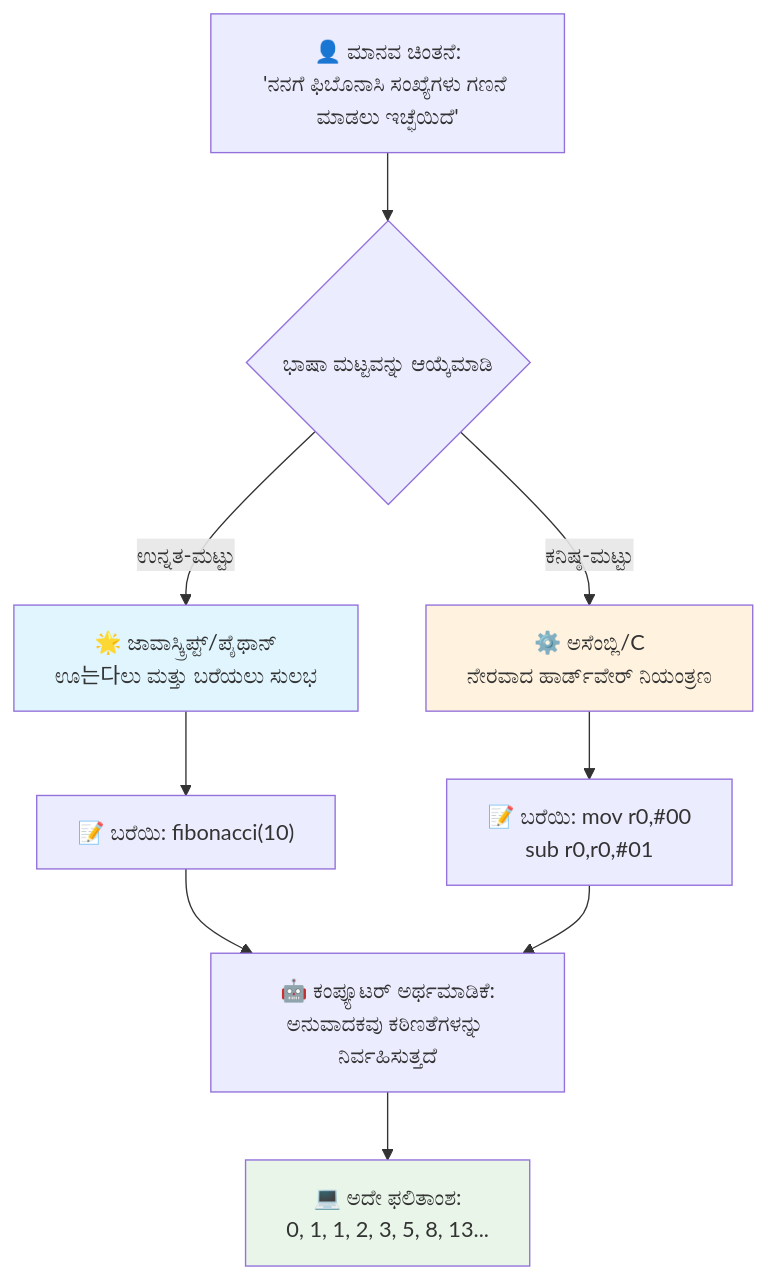
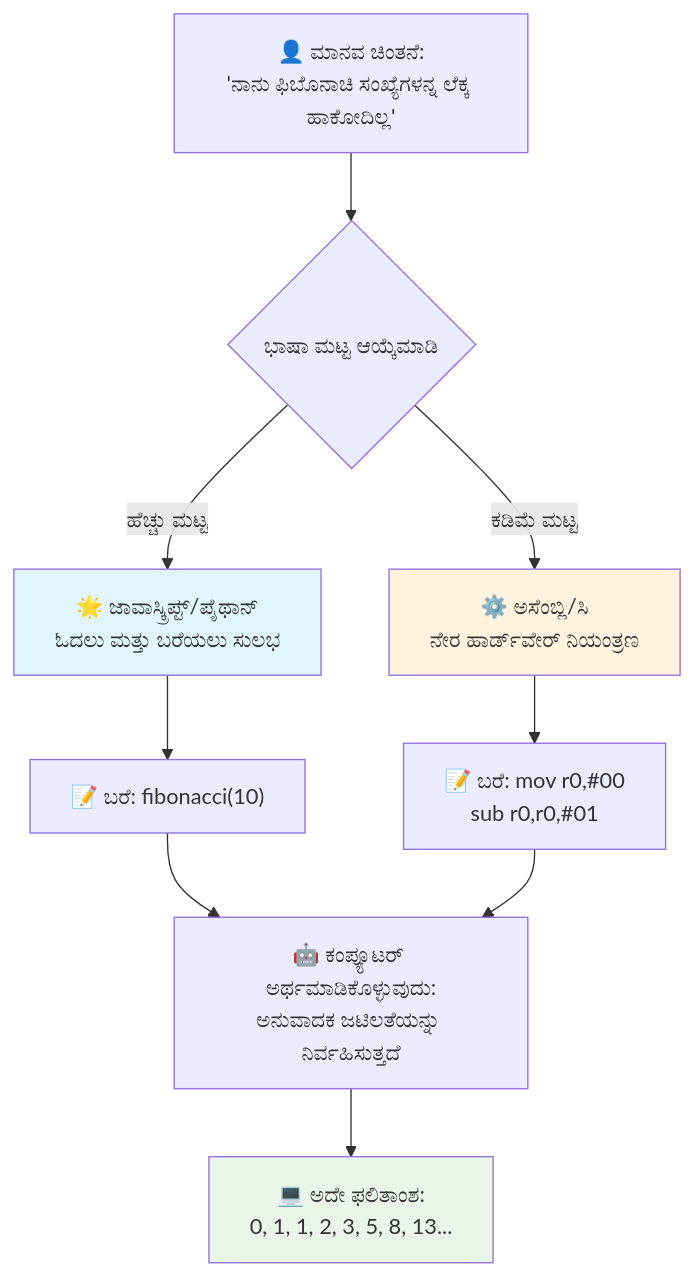
Before and after one commit to microsoft/Web-Dev-For-Beginners: the third of 7 diagrams in translations/kn/1-getting-started-lessons/1-intro-to-programming-languages/README.md, drawn with Mermaid. The commit also changed other lines of this file and 8 other files, not shown here.

````diff
--- a/translations/kn/1-getting-started-lessons/1-intro-to-programming-languages/README.md
+++ b/translations/kn/1-getting-started-lessons/1-intro-to-programming-languages/README.md
@@ -148,19 +148,19 @@
 ```mermaid
 flowchart TB
-    A["👤 ಮಾನವ ಚಿಂತನೆ:<br/>'ನನಗೆ ಫಿಬೊನಾಸಿ ಸಂಖ್ಯೆಗಳು ಗಣನೆ ಮಾಡಲು ಇಚ್ಛೆಯಿದೆ'"] --> B{ಭಾಷಾ ಮಟ್ಟವನ್ನು ಆಯ್ಕೆಮಾಡಿ}
+    A["👤 ಮಾನವ ಚಿಂತನೆ:<br/>'ನಾನು ಫಿಬೊನಾಚಿ ಸಂಖ್ಯೆಗಳನ್ನ ಲೆಕ್ಕ ಹಾಕೋದಿಲ್ಲ'"] --> B{ಭಾಷಾ ಮಟ್ಟ ಆಯ್ಕೆಮಾಡಿ}
     
-    B -->|ಉನ್ನತ-ಮಟ್ಟು| C["🌟 ಜಾವಾಸ್ಕ್ರಿಪ್ಟ್/ಪೈಥಾನ್<br/>ಊ는다ಲು ಮತ್ತು ಬರೆಯಲು ಸುಲಭ"]
-    B -->|ಕನಿಷ್ಠ-ಮಟ್ಟು| D["⚙️ ಅಸೆಂಬ್ಲಿ/C<br/>ನೇರವಾದ ಹಾರ್ಡ್‌ವೇರ್ ನಿಯಂತ್ರಣ"]
+    B -->|ಹೆಚ್ಚು ಮಟ್ಟ| C["🌟 ಜಾವಾಸ್ಕ್ರಿಪ್ಟ್/ಪೈಥಾನ್<br/>ಓದಲು ಮತ್ತು ಬರೆಯಲು ಸುಲಭ"]
+    B -->|ಕಡಿಮೆ ಮಟ್ಟ| D["⚙️ ಅಸೆಂಬ್ಲಿ/ಸಿ<br/>ನೇರ ಹಾರ್ಡ್‌ವೇರ್ ನಿಯಂತ್ರಣ"]
     
-    C --> E["📝 ಬರೆಯಿ: fibonacci(10)"]
-    D --> F["📝 ಬರೆಯಿ: mov r0,#00<br/>sub r0,r0,#01"]
+    C --> E["📝 ಬರೆ: fibonacci(10)"]
+    D --> F["📝 ಬರೆ: mov r0,#00<br/>sub r0,r0,#01"]
     
-    E --> G["🤖 ಕಂಪ್ಯೂಟರ್ ಅರ್ಥಮಾಡಿಕೆ:<br/>ಅನುವಾದಕವು ಕಠಿಣತೆಗಳನ್ನು ನಿರ್ವಹಿಸುತ್ತದೆ"]
+    E --> G["🤖 ಕಂಪ್ಯೂಟರ್ ಅರ್ಥಮಾಡಿಕೊಳ್ಳುವುದು:<br/>ಅನುವಾದಕ ಜಟಿಲತೆಯನ್ನು ನಿರ್ವಹಿಸುತ್ತದೆ"]
     F --> G
     
     G --> H["💻 ಅದೇ ಫಲಿತಾಂಶ:<br/>0, 1, 1, 2, 3, 5, 8, 13..."]
     
     style C fill:#e1f5fe
     style D fill:#fff3e0
     style H fill:#e8f5e8
 ```
````
